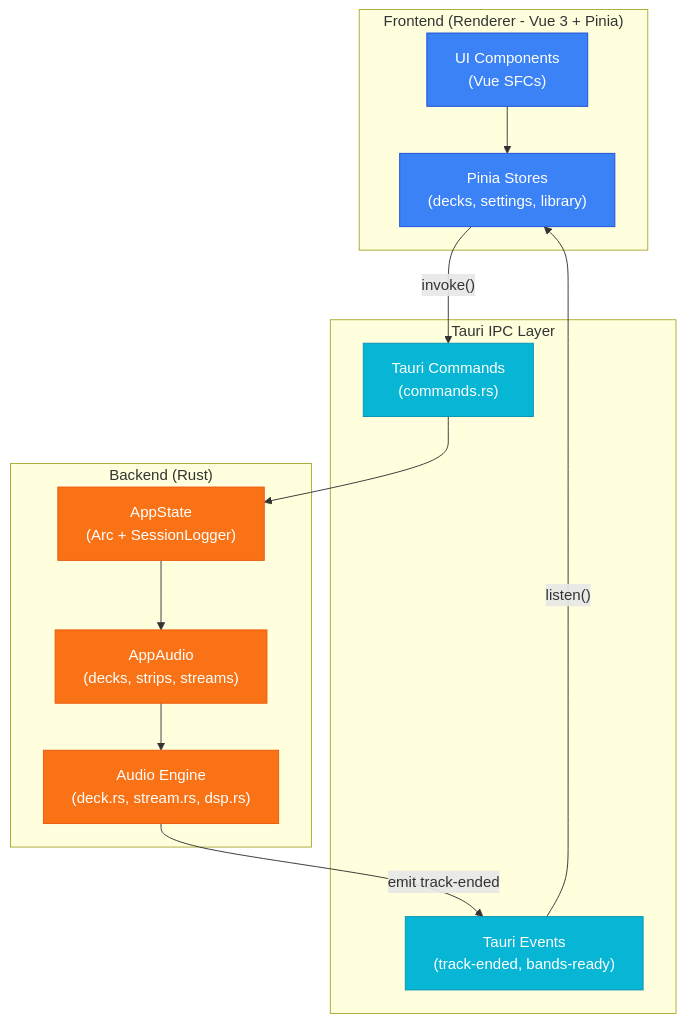
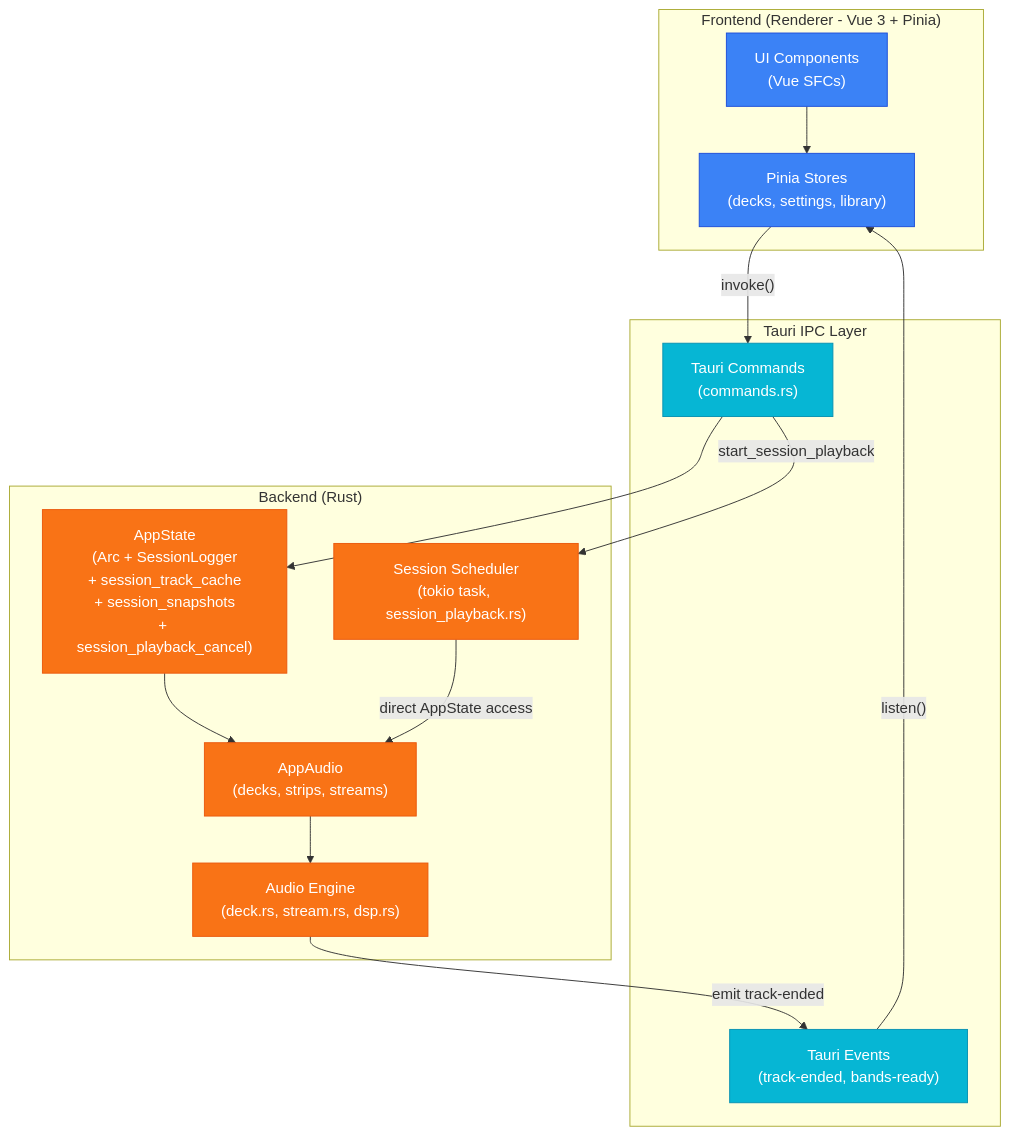
Before and after one commit to berrutti/beatmatcher: the first of 6 diagrams in ARCHITECTURE.md, drawn with Mermaid. The commit also changed other lines of this file and 18 other files, not shown here.

````diff
--- a/ARCHITECTURE.md
+++ b/ARCHITECTURE.md
@@ -5,30 +5,33 @@
 ```mermaid
 graph TD
     classDef frontend fill:#3b82f6,stroke:#1d4ed8,color:#fff
     classDef ipc fill:#06b6d4,stroke:#0891b2,color:#fff
     classDef backend fill:#f97316,stroke:#ea580c,color:#fff
 
     subgraph Frontend ["Frontend (Renderer - Vue 3 + Pinia)"]
         UI["UI Components\n(Vue SFCs)"]:::frontend
         Stores["Pinia Stores\n(decks, settings, library)"]:::frontend
     end
 
     subgraph IPC ["Tauri IPC Layer"]
         Commands["Tauri Commands\n(commands.rs)"]:::ipc
         Events["Tauri Events\n(track-ended, bands-ready)"]:::ipc
     end
 
     subgraph Backend ["Backend (Rust)"]
-        AppState["AppState\n(Arc<AppAudio> + SessionLogger)"]:::backend
+        AppState["AppState\n(Arc<AppAudio> + SessionLogger\n+ session_track_cache\n+ session_snapshots\n+ session_playback_cancel)"]:::backend
         Audio["AppAudio\n(decks, strips, streams)"]:::backend
         Engine["Audio Engine\n(deck.rs, stream.rs, dsp.rs)"]:::backend
+        Scheduler["Session Scheduler\n(tokio task, session_playback.rs)"]:::backend
     end
 
     UI --> Stores
     Stores -- "invoke()" --> Commands
     Events -- "listen()" --> Stores
     Commands --> AppState
     AppState --> Audio
     Audio --> Engine
     Engine -- "emit track-ended" --> Events
+    Commands -- "start_session_playback" --> Scheduler
+    Scheduler -- "direct AppState access" --> Audio
 ```
````
